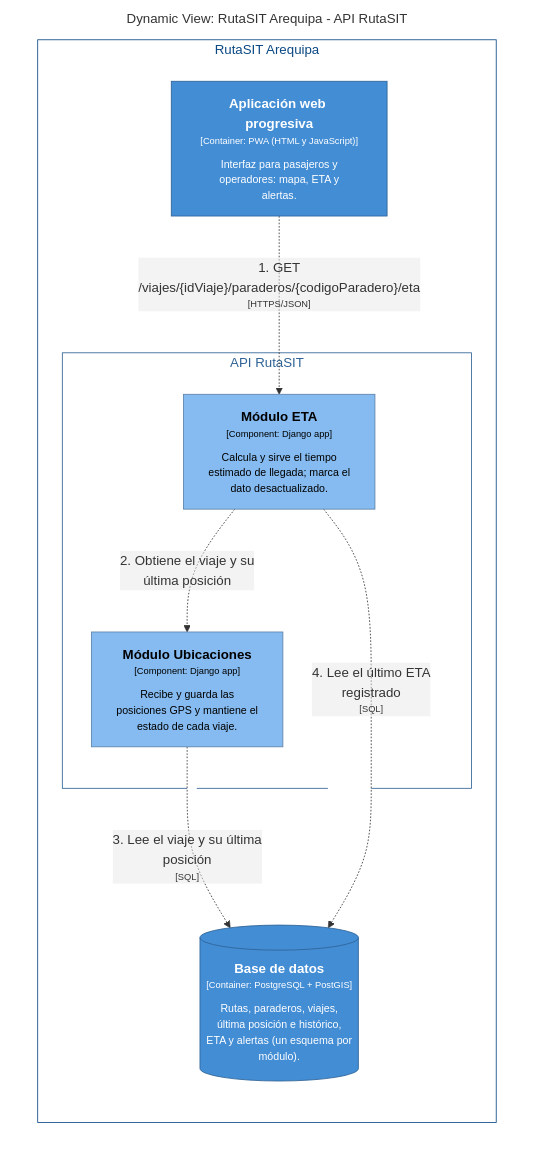
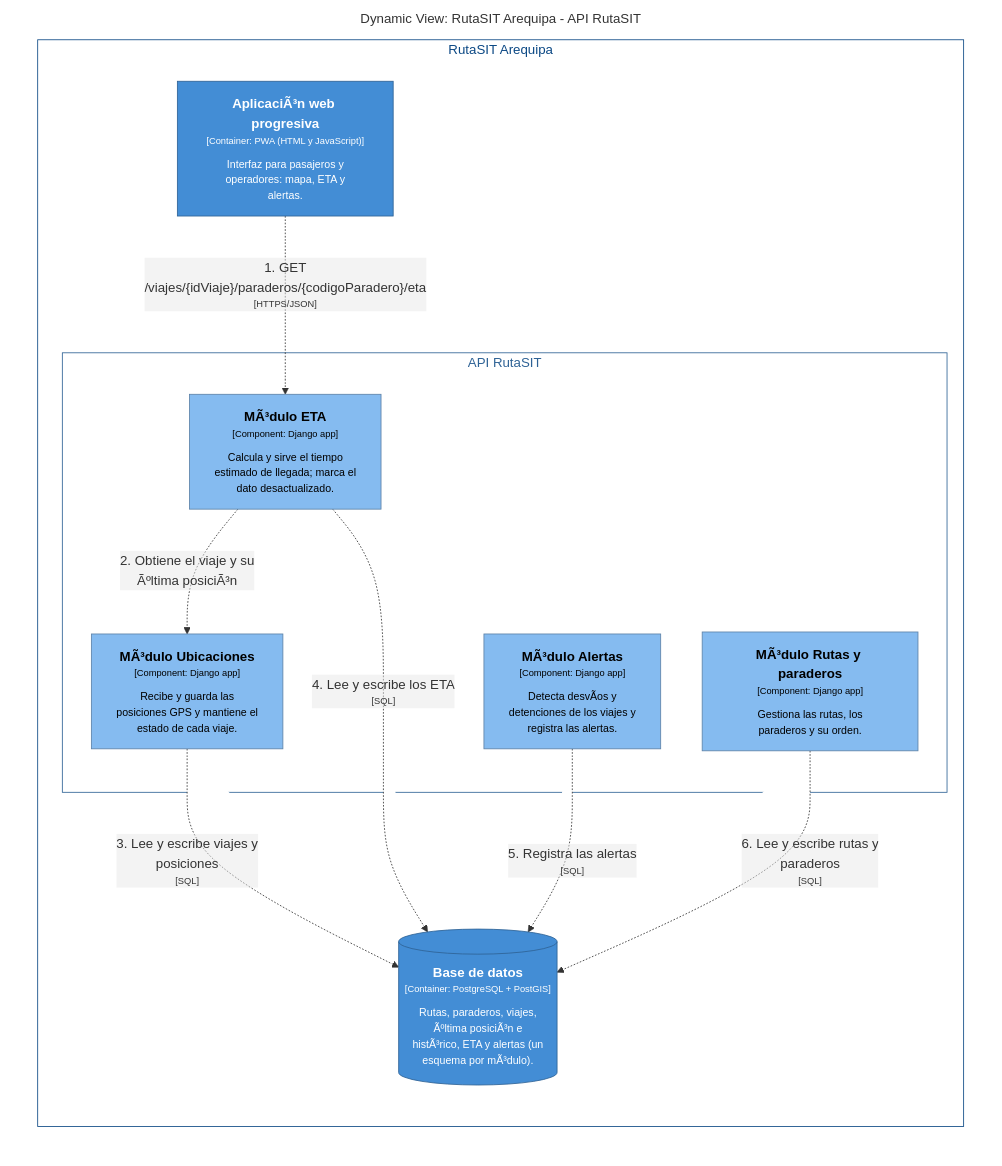
The diagram in docs/architecture/c4/export/structurizr-ConsultarEta.mmd (Camila-Alarico/cs-2026b-lab04--grupo06), drawn with Mermaid before and after one commit. The commit also changed 15 other files, not shown here.

```diff
--- a/docs/architecture/c4/export/structurizr-ConsultarEta.mmd
+++ b/docs/architecture/c4/export/structurizr-ConsultarEta.mmd
@@ -1,35 +1,41 @@
 graph LR
   linkStyle default fill:#ffffff
 
   subgraph diagram ["Dynamic View: RutaSIT Arequipa - API RutaSIT"]
     style diagram fill:#ffffff,stroke:#ffffff
 
     subgraph 3 ["RutaSIT Arequipa"]
       style 3 fill:#ffffff,stroke:#0b4884,color:#0b4884
 
       subgraph 5 ["API RutaSIT"]
         style 5 fill:#ffffff,stroke:#2e6295,color:#2e6295
 
-        6["<div style='font-weight: bold'>Módulo Ubicaciones</div><div style='font-size: 70%; margin-top: 0px'>[Component: Django app]</div><div style='font-size: 80%; margin-top:10px'>Recibe y guarda las<br />posiciones GPS y mantiene el<br />estado de cada viaje.</div>"]
+        6["<div style='font-weight: bold'>MÃ³dulo Ubicaciones</div><div style='font-size: 70%; margin-top: 0px'>[Component: Django app]</div><div style='font-size: 80%; margin-top:10px'>Recibe y guarda las<br />posiciones GPS y mantiene el<br />estado de cada viaje.</div>"]
         style 6 fill:#85bbf0,stroke:#5d82a8,color:#000000
-        8["<div style='font-weight: bold'>Módulo ETA</div><div style='font-size: 70%; margin-top: 0px'>[Component: Django app]</div><div style='font-size: 80%; margin-top:10px'>Calcula y sirve el tiempo<br />estimado de llegada; marca el<br />dato desactualizado.</div>"]
+        7["<div style='font-weight: bold'>MÃ³dulo Rutas y paraderos</div><div style='font-size: 70%; margin-top: 0px'>[Component: Django app]</div><div style='font-size: 80%; margin-top:10px'>Gestiona las rutas, los<br />paraderos y su orden.</div>"]
+        style 7 fill:#85bbf0,stroke:#5d82a8,color:#000000
+        8["<div style='font-weight: bold'>MÃ³dulo ETA</div><div style='font-size: 70%; margin-top: 0px'>[Component: Django app]</div><div style='font-size: 80%; margin-top:10px'>Calcula y sirve el tiempo<br />estimado de llegada; marca el<br />dato desactualizado.</div>"]
         style 8 fill:#85bbf0,stroke:#5d82a8,color:#000000
+        9["<div style='font-weight: bold'>MÃ³dulo Alertas</div><div style='font-size: 70%; margin-top: 0px'>[Component: Django app]</div><div style='font-size: 80%; margin-top:10px'>Detecta desvÃ­os y<br />detenciones de los viajes y<br />registra las alertas.</div>"]
+        style 9 fill:#85bbf0,stroke:#5d82a8,color:#000000
       end
 
-      10[("<div style='font-weight: bold'>Base de datos</div><div style='font-size: 70%; margin-top: 0px'>[Container: PostgreSQL + PostGIS]</div><div style='font-size: 80%; margin-top:10px'>Rutas, paraderos, viajes,<br />última posición e histórico,<br />ETA y alertas (un esquema por<br />módulo).</div>")]
+      10[("<div style='font-weight: bold'>Base de datos</div><div style='font-size: 70%; margin-top: 0px'>[Container: PostgreSQL + PostGIS]</div><div style='font-size: 80%; margin-top:10px'>Rutas, paraderos, viajes,<br />Ãºltima posiciÃ³n e<br />histÃ³rico, ETA y alertas (un<br />esquema por mÃ³dulo).</div>")]
       style 10 fill:#438dd5,stroke:#2e6295,color:#ffffff
-      4["<div style='font-weight: bold'>Aplicación web progresiva</div><div style='font-size: 70%; margin-top: 0px'>[Container: PWA (HTML y JavaScript)]</div><div style='font-size: 80%; margin-top:10px'>Interfaz para pasajeros y<br />operadores: mapa, ETA y<br />alertas.</div>"]
+      4["<div style='font-weight: bold'>AplicaciÃ³n web progresiva</div><div style='font-size: 70%; margin-top: 0px'>[Container: PWA (HTML y JavaScript)]</div><div style='font-size: 80%; margin-top:10px'>Interfaz para pasajeros y<br />operadores: mapa, ETA y<br />alertas.</div>"]
       style 4 fill:#438dd5,stroke:#2e6295,color:#ffffff
     end
 
-    4["<div style='font-weight: bold'>Aplicación web progresiva</div><div style='font-size: 70%; margin-top: 0px'>[Container: PWA (HTML y JavaScript)]</div><div style='font-size: 80%; margin-top:10px'>Interfaz para pasajeros y<br />operadores: mapa, ETA y<br />alertas.</div>"]
+    4["<div style='font-weight: bold'>AplicaciÃ³n web progresiva</div><div style='font-size: 70%; margin-top: 0px'>[Container: PWA (HTML y JavaScript)]</div><div style='font-size: 80%; margin-top:10px'>Interfaz para pasajeros y<br />operadores: mapa, ETA y<br />alertas.</div>"]
     style 4 fill:#438dd5,stroke:#2e6295,color:#ffffff
-    10[("<div style='font-weight: bold'>Base de datos</div><div style='font-size: 70%; margin-top: 0px'>[Container: PostgreSQL + PostGIS]</div><div style='font-size: 80%; margin-top:10px'>Rutas, paraderos, viajes,<br />última posición e histórico,<br />ETA y alertas (un esquema por<br />módulo).</div>")]
+    10[("<div style='font-weight: bold'>Base de datos</div><div style='font-size: 70%; margin-top: 0px'>[Container: PostgreSQL + PostGIS]</div><div style='font-size: 80%; margin-top:10px'>Rutas, paraderos, viajes,<br />Ãºltima posiciÃ³n e<br />histÃ³rico, ETA y alertas (un<br />esquema por mÃ³dulo).</div>")]
     style 10 fill:#438dd5,stroke:#2e6295,color:#ffffff
 
     4-. "<div>1. GET<br />/viajes/{idViaje}/paraderos/{codigoParadero}/eta</div><div style='font-size: 70%'>[HTTPS/JSON]</div>" .->8
-    8-. "<div>2. Obtiene el viaje y su<br />última posición</div><div style='font-size: 70%'></div>" .->6
-    6-. "<div>3. Lee el viaje y su última<br />posición</div><div style='font-size: 70%'>[SQL]</div>" .->10
-    8-. "<div>4. Lee el último ETA<br />registrado</div><div style='font-size: 70%'>[SQL]</div>" .->10
+    8-. "<div>2. Obtiene el viaje y su<br />Ãºltima posiciÃ³n</div><div style='font-size: 70%'></div>" .->6
+    6-. "<div>3. Lee y escribe viajes y<br />posiciones</div><div style='font-size: 70%'>[SQL]</div>" .->10
+    8-. "<div>4. Lee y escribe los ETA</div><div style='font-size: 70%'>[SQL]</div>" .->10
+    9-. "<div>5. Registra las alertas</div><div style='font-size: 70%'>[SQL]</div>" .->10
+    7-. "<div>6. Lee y escribe rutas y<br />paraderos</div><div style='font-size: 70%'>[SQL]</div>" .->10
 
   end
```
